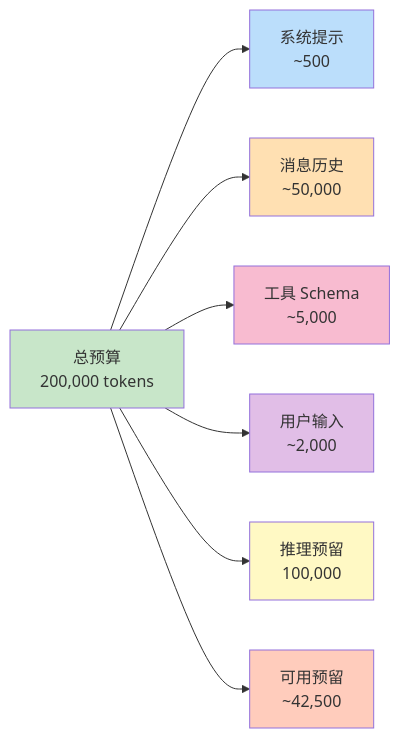
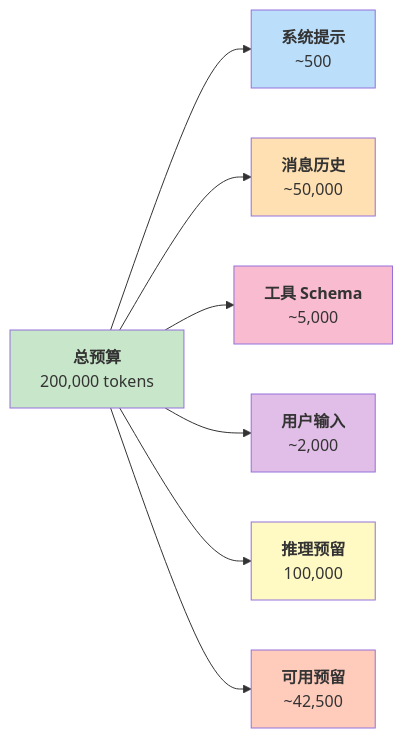
The diagram in 04_runtime/4.6_token_budget.md (yeasy/harness_engineering_guide), drawn with Mermaid before and after one commit. The commit also changed other lines of this file and 26 other files, not shown here.

Commit message:
Add bold titles to Mermaid diagram nodes

````diff
--- a/04_runtime/4.6_token_budget.md
+++ b/04_runtime/4.6_token_budget.md
@@ -14,16 +14,16 @@
 ```mermaid
 graph LR
-    A["总预算<br/>200,000 tokens"] --> B["系统提示<br/>~500"]
-    A --> C["消息历史<br/>~50,000"]
-    A --> D["工具 Schema<br/>~5,000"]
-    A --> E["用户输入<br/>~2,000"]
-    A --> F["推理预留<br/>100,000"]
-    A --> G["可用预留<br/>~42,500"]
+    A["<b>总预算</b><br/>200,000 tokens"] --> B["<b>系统提示</b><br/>~500"]
+    A --> C["<b>消息历史</b><br/>~50,000"]
+    A --> D["<b>工具 Schema</b><br/>~5,000"]
+    A --> E["<b>用户输入</b><br/>~2,000"]
+    A --> F["<b>推理预留</b><br/>100,000"]
+    A --> G["<b>可用预留</b><br/>~42,500"]
     style A fill:#c8e6c9
     style B fill:#bbdefb
     style C fill:#ffe0b2
     style D fill:#f8bbd0
     style E fill:#e1bee7
     style F fill:#fff9c4
     style G fill:#ffccbc
 ```
````
